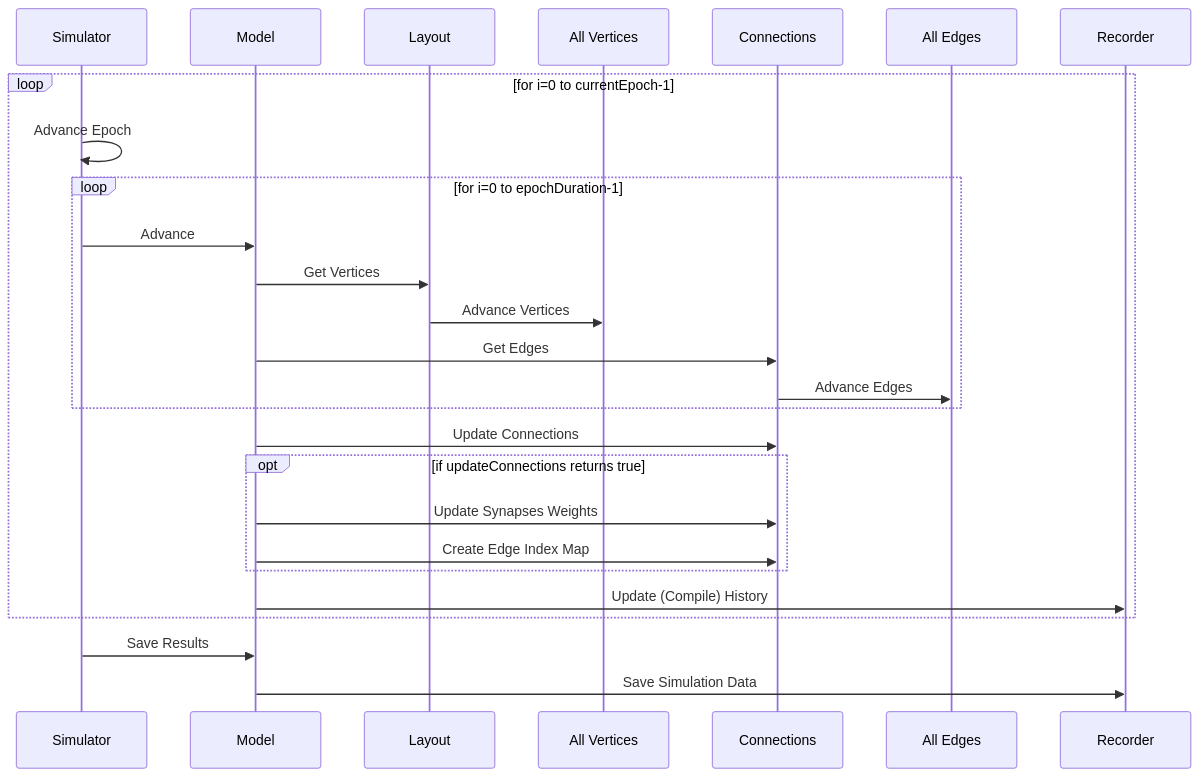
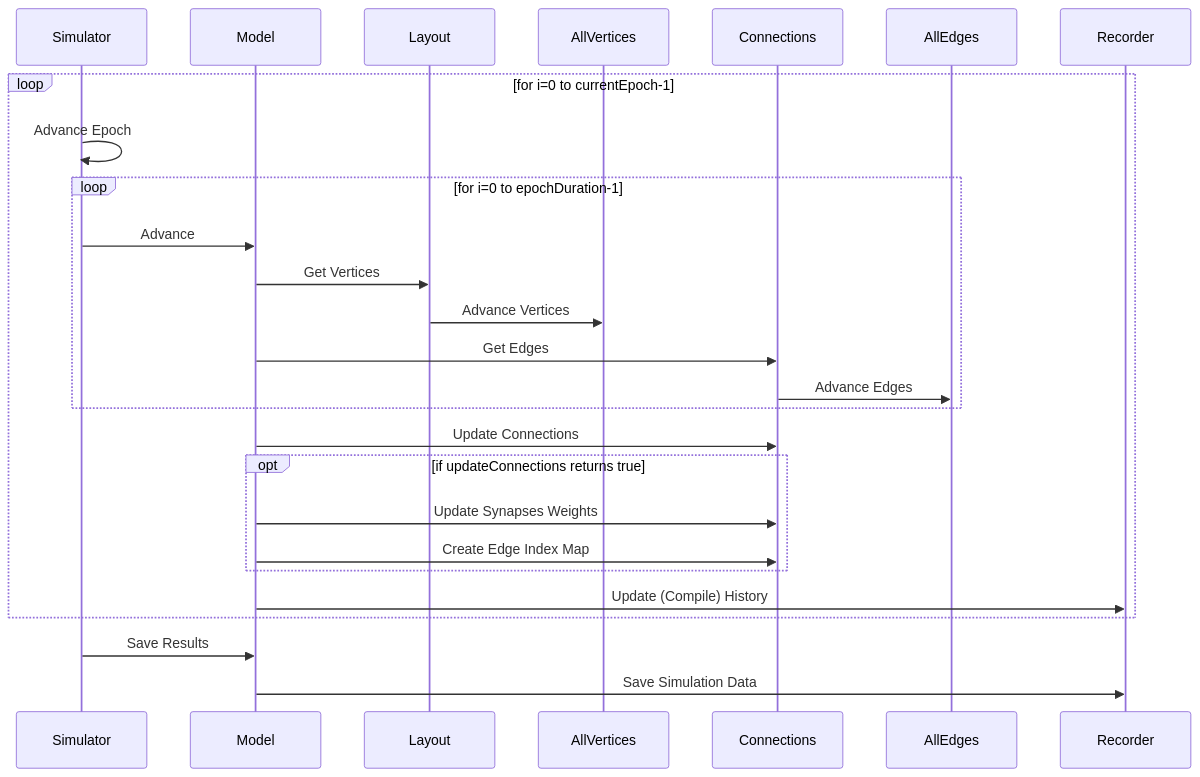
One commit to UWB-Biocomputing/Graphitti changed the fourth of 5 diagrams in docs/Developer/sequenceDiagrams.md. Above: the diagram before and after it, drawn with Mermaid. The commit also changed other lines of this file and 3 other files, not shown here.

````diff
--- a/docs/Developer/sequenceDiagrams.md
+++ b/docs/Developer/sequenceDiagrams.md
@@ -130,30 +130,30 @@
 ```mermaid
 sequenceDiagram
     participant Simulator
     participant Model
     participant Layout
-    participant All Vertices
+    participant AllVertices
     participant Connections
-    participant All Edges
+    participant AllEdges
     participant Recorder
 
     loop for i=0 to currentEpoch-1
         Simulator->>Simulator: Advance Epoch
         loop for i=0 to epochDuration-1
             Simulator->>Model: Advance
             Model->>Layout: Get Vertices 
-            Layout->>All Vertices: Advance Vertices
+            Layout->>AllVertices: Advance Vertices
             Model->>Connections: Get Edges
-            Connections->>All Edges: Advance Edges
+            Connections->>AllEdges: Advance Edges
         end
         Model->>Connections: Update Connections
         opt if updateConnections returns true
             Model->>Connections: Update Synapses Weights
             Model->>Connections: Create Edge Index Map
         end
         Model->>Recorder: Update (Compile) History
     end
 
     Simulator->>Model: Save Results
     Model->>Recorder: Save Simulation Data
 ```
````
